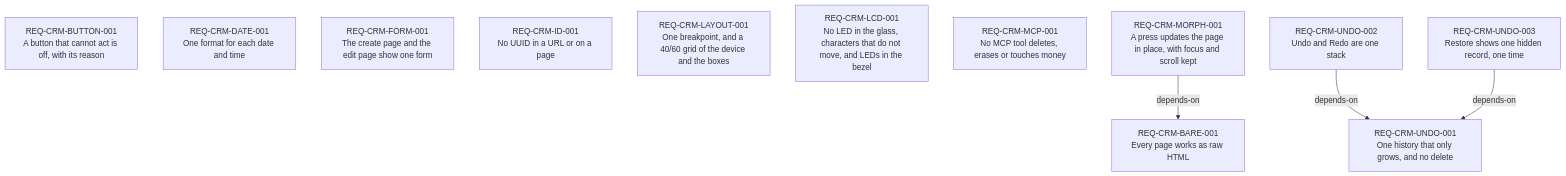
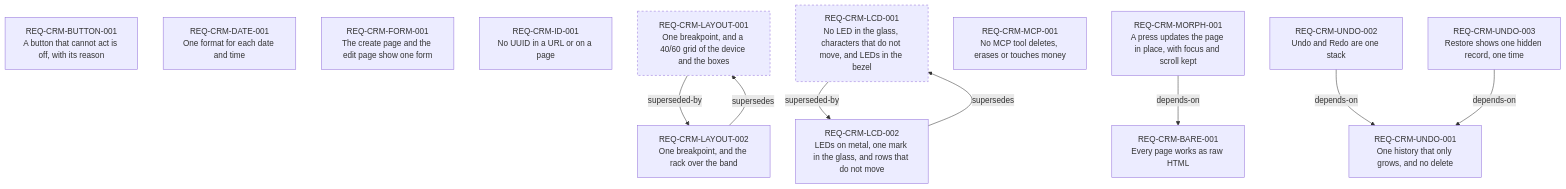
Before and after one commit to seanmizen/seanorepo: the diagram in apps/crm/requirements/index.md, drawn with Mermaid. The commit also changed other lines of this file and 27 other files, not shown here.

First line of the commit message:
[SEAN-1122] feat: crm Rack chassis and the Plan home

````diff
--- a/apps/crm/requirements/index.md
+++ b/apps/crm/requirements/index.md
@@ -23,18 +25,26 @@
 ```mermaid
 graph TD
   REQ_CRM_BARE_001["REQ-CRM-BARE-001<br/>Every page works as raw HTML"]
   REQ_CRM_BUTTON_001["REQ-CRM-BUTTON-001<br/>A button that cannot act is off, with its reason"]
   REQ_CRM_DATE_001["REQ-CRM-DATE-001<br/>One format for each date and time"]
   REQ_CRM_FORM_001["REQ-CRM-FORM-001<br/>The create page and the edit page show one form"]
   REQ_CRM_ID_001["REQ-CRM-ID-001<br/>No UUID in a URL or on a page"]
   REQ_CRM_LAYOUT_001["REQ-CRM-LAYOUT-001<br/>One breakpoint, and a 40/60 grid of the device and the boxes"]
+  REQ_CRM_LAYOUT_002["REQ-CRM-LAYOUT-002<br/>One breakpoint, and the rack over the band"]
   REQ_CRM_LCD_001["REQ-CRM-LCD-001<br/>No LED in the glass, characters that do not move, and LEDs in the bezel"]
+  REQ_CRM_LCD_002["REQ-CRM-LCD-002<br/>LEDs on metal, one mark in the glass, and rows that do not move"]
   REQ_CRM_MCP_001["REQ-CRM-MCP-001<br/>No MCP tool deletes, erases or touches money"]
   REQ_CRM_MORPH_001["REQ-CRM-MORPH-001<br/>A press updates the page in place, with focus and scroll kept"]
   REQ_CRM_UNDO_001["REQ-CRM-UNDO-001<br/>One history that only grows, and no delete"]
   REQ_CRM_UNDO_002["REQ-CRM-UNDO-002<br/>Undo and Redo are one stack"]
   REQ_CRM_UNDO_003["REQ-CRM-UNDO-003<br/>Restore shows one hidden record, one time"]
+  REQ_CRM_LAYOUT_001 -->|superseded-by| REQ_CRM_LAYOUT_002
+  REQ_CRM_LAYOUT_002 -->|supersedes| REQ_CRM_LAYOUT_001
+  REQ_CRM_LCD_001 -->|superseded-by| REQ_CRM_LCD_002
+  REQ_CRM_LCD_002 -->|supersedes| REQ_CRM_LCD_001
   REQ_CRM_MORPH_001 -->|depends-on| REQ_CRM_BARE_001
   REQ_CRM_UNDO_002 -->|depends-on| REQ_CRM_UNDO_001
   REQ_CRM_UNDO_003 -->|depends-on| REQ_CRM_UNDO_001
+  style REQ_CRM_LAYOUT_001 stroke-dasharray: 4 4
+  style REQ_CRM_LCD_001 stroke-dasharray: 4 4
 ```
````
